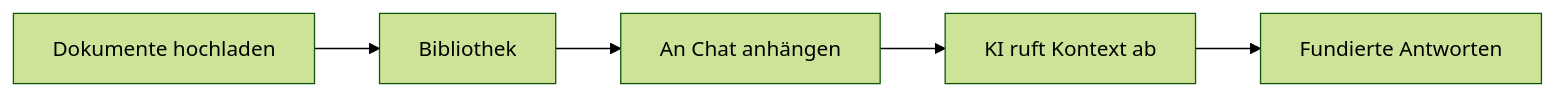
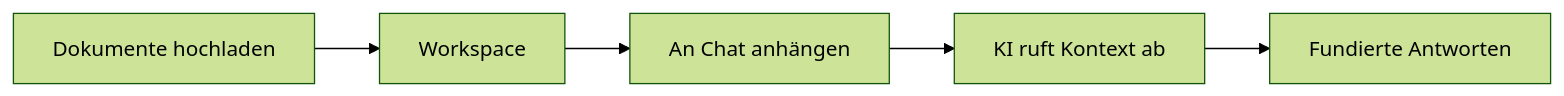
One commit to Fabric-Pro/fabric-oss changed the diagram in apps/web/content/docs/features/libraries.de.mdx. Above: the diagram before and after it, drawn with Mermaid (forest theme). The commit also changed other lines of this file and 1600 other files, not shown here.

````diff
--- a/apps/web/content/docs/features/libraries.de.mdx
+++ b/apps/web/content/docs/features/libraries.de.mdx
@@ -16,7 +18,7 @@
 ```mermaid
 flowchart LR
-    A["Dokumente hochladen"] --> B["Bibliothek"]
+    A["Dokumente hochladen"] --> B["Workspace"]
     B --> C["An Chat anhängen"]
     C --> D["KI ruft Kontext ab"]
     D --> E["Fundierte Antworten"]
 ```
````
